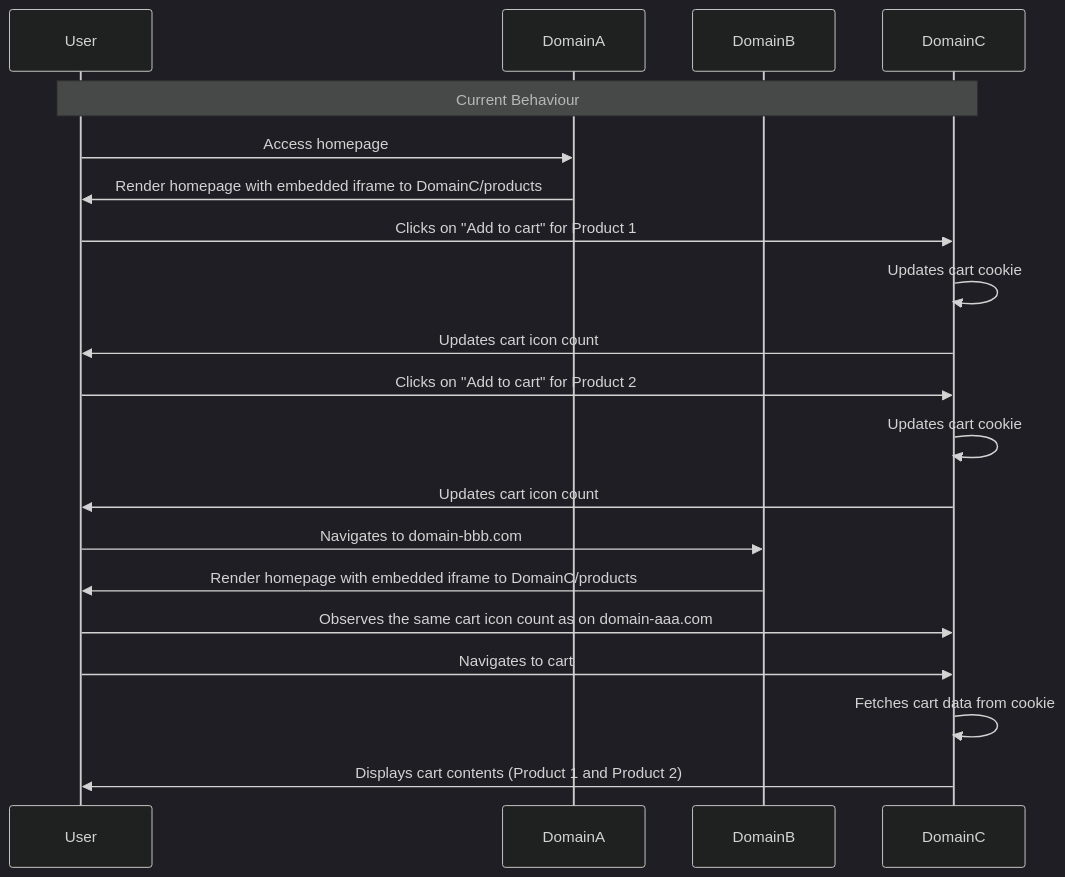
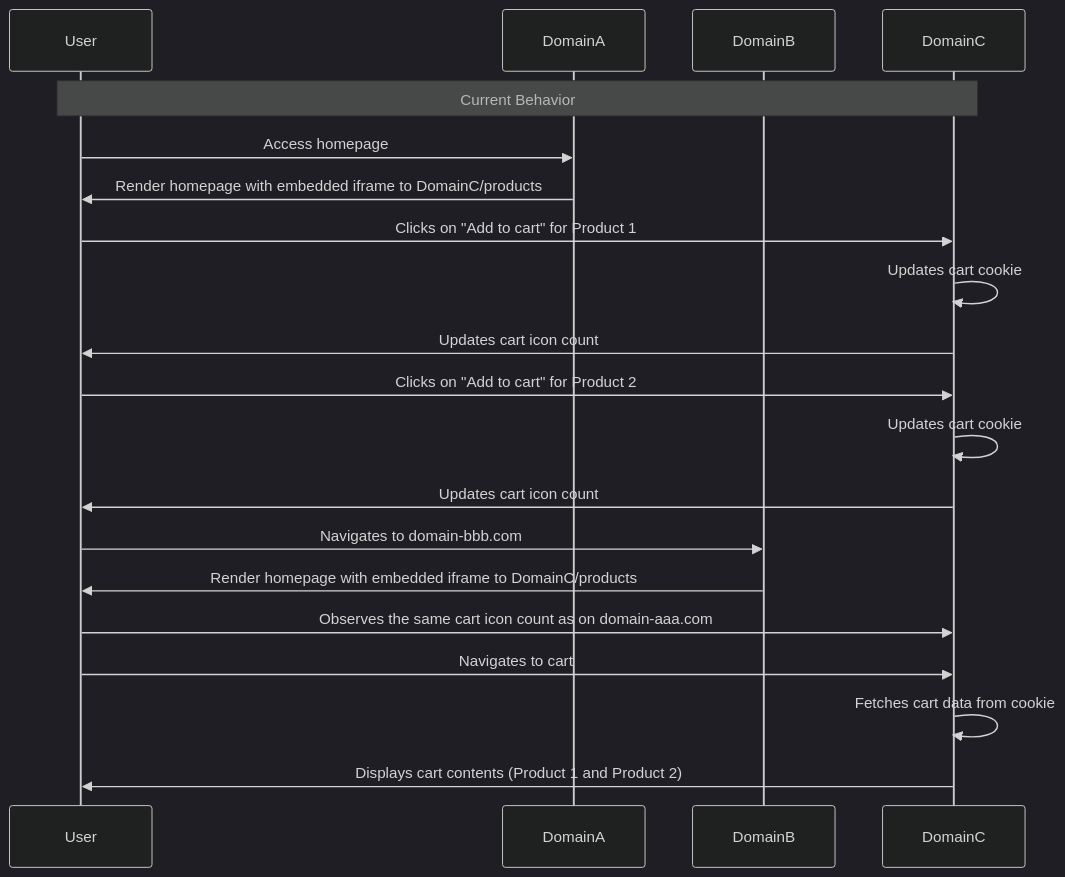
Before and after one commit to rtCamp/ps-analysis-tool-wiki: the second of 7 diagrams in Example-Analysis-Scenarios.md, drawn with Mermaid (dark theme). The commit also changed other lines of this file, not shown here.

````diff
--- a/Example-Analysis-Scenarios.md
+++ b/Example-Analysis-Scenarios.md
@@ -100,24 +100,24 @@
 ```mermaid
 sequenceDiagram
     participant User
     participant DomainA
     participant DomainB
     participant DomainC
 
-    Note over User,DomainC: Current Behaviour
+    Note over User,DomainC: Current Behavior
 
     User->>DomainA: Access homepage
     DomainA->>User: Render homepage with embedded iframe to DomainC/products
     User->>DomainC: Clicks on "Add to cart" for Product 1
     DomainC->>DomainC: Updates cart cookie
     DomainC->>User: Updates cart icon count
     User->>DomainC: Clicks on "Add to cart" for Product 2
     DomainC->>DomainC: Updates cart cookie
     DomainC->>User: Updates cart icon count
     User->>DomainB: Navigates to domain-bbb.com
     DomainB->>User: Render homepage with embedded iframe to DomainC/products
     User->>DomainC: Observes the same cart icon count as on domain-aaa.com
     User->>DomainC: Navigates to cart
     DomainC->>DomainC: Fetches cart data from cookie
     DomainC->>User: Displays cart contents (Product 1 and Product 2)
 ```
````
